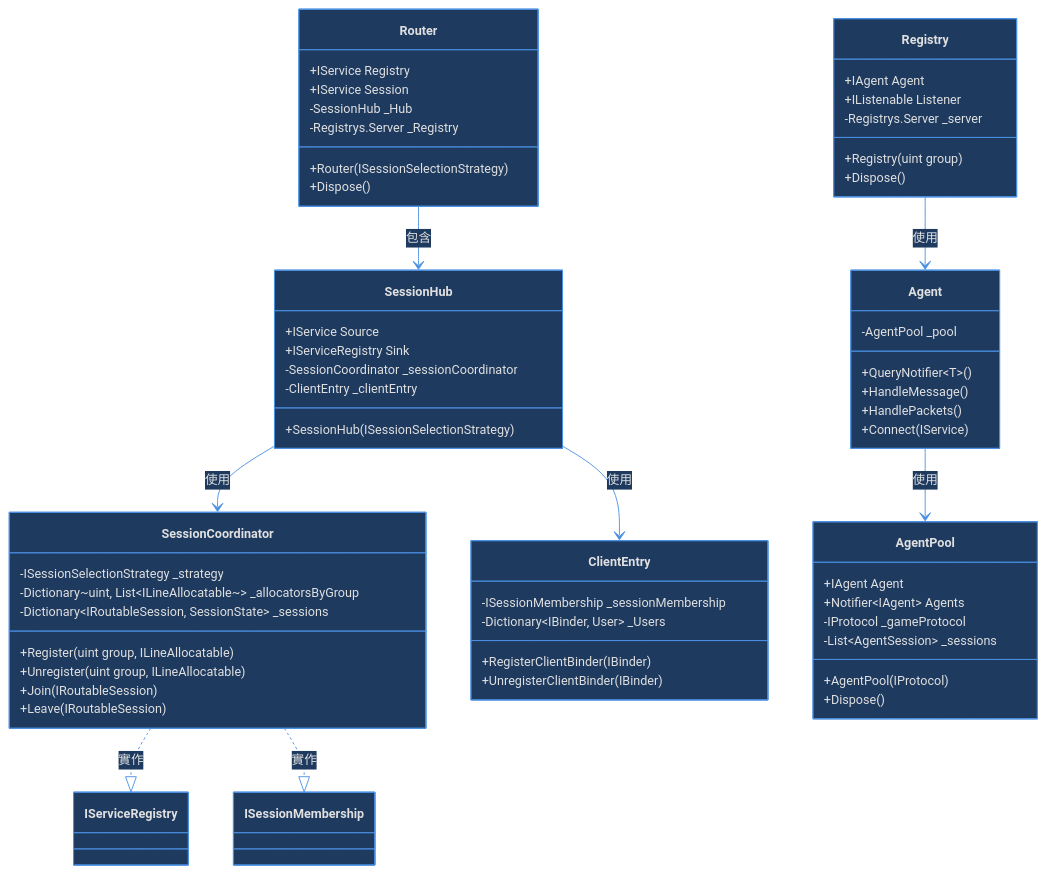
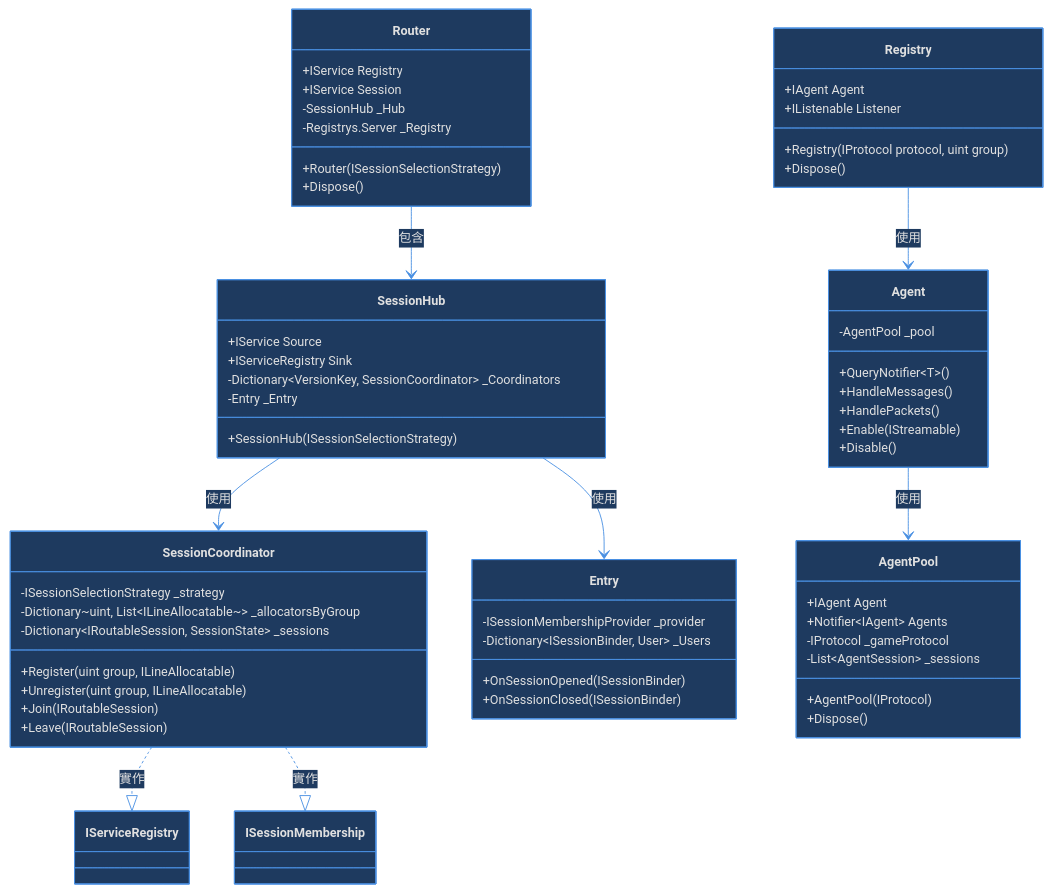
The second of 5 diagrams in PinionCore.Remote.Gateway/README.md (jiowchern/PinionCore.Remote), drawn with Mermaid before and after one commit. The commit also changed other lines of this file and 6 other files, not shown here.

````diff
--- a/PinionCore.Remote.Gateway/README.md
+++ b/PinionCore.Remote.Gateway/README.md
@@ -94,70 +94,70 @@
 ```mermaid
 %%{init: {'theme':'base', 'themeVariables': { 'primaryColor':'#1e3a5f', 'primaryTextColor':'#e0e0e0', 'primaryBorderColor':'#4a90e2', 'lineColor':'#4a90e2', 'background':'#0d1117', 'mainBkg':'#1e3a5f', 'secondBkg':'#2d5016', 'tertiaryBkg':'#5d3a1a', 'textColor':'#e0e0e0', 'fontSize':'14px', 'nodeBorder':'#4a90e2', 'clusterBkg':'#161b22', 'clusterBorder':'#30363d', 'titleColor':'#e0e0e0'}}}%%
 classDiagram
     class Router {
         +IService Registry
         +IService Session
         -SessionHub _Hub
         -Registrys.Server _Registry
         +Router(ISessionSelectionStrategy)
         +Dispose()
     }
 
     class SessionHub {
         +IService Source
         +IServiceRegistry Sink
-        -SessionCoordinator _sessionCoordinator
-        -ClientEntry _clientEntry
+        -Dictionary~VersionKey, SessionCoordinator~ _Coordinators
+        -Entry _Entry
         +SessionHub(ISessionSelectionStrategy)
     }
 
     class SessionCoordinator {
         -ISessionSelectionStrategy _strategy
         -Dictionary~uint, List~ILineAllocatable~~ _allocatorsByGroup
         -Dictionary~IRoutableSession, SessionState~ _sessions
         +Register(uint group, ILineAllocatable)
         +Unregister(uint group, ILineAllocatable)
         +Join(IRoutableSession)
         +Leave(IRoutableSession)
     }
 
-    class ClientEntry {
-        -ISessionMembership _sessionMembership
-        -Dictionary~IBinder, User~ _Users
-        +RegisterClientBinder(IBinder)
-        +UnregisterClientBinder(IBinder)
+    class Entry {
+        -ISessionMembershipProvider _provider
+        -Dictionary~ISessionBinder, User~ _Users
+        +OnSessionOpened(ISessionBinder)
+        +OnSessionClosed(ISessionBinder)
     }
 
     class Registry {
         +IAgent Agent
         +IListenable Listener
-        -Registrys.Server _server
-        +Registry(uint group)
+        +Registry(IProtocol protocol, uint group)
         +Dispose()
     }
 
     class Agent {
         -AgentPool _pool
         +QueryNotifier~T~()
-        +HandleMessage()
+        +HandleMessages()
         +HandlePackets()
-        +Connect(IService)
+        +Enable(IStreamable)
+        +Disable()
     }
 
     class AgentPool {
         +IAgent Agent
         +Notifier~IAgent~ Agents
         -IProtocol _gameProtocol
         -List~AgentSession~ _sessions
         +AgentPool(IProtocol)
         +Dispose()
     }
 
     Router --> SessionHub : 包含
     SessionHub --> SessionCoordinator : 使用
-    SessionHub --> ClientEntry : 使用
+    SessionHub --> Entry : 使用
     Registry --> Agent : 使用
     Agent --> AgentPool : 使用
     SessionCoordinator ..|> IServiceRegistry : 實作
     SessionCoordinator ..|> ISessionMembership : 實作
 ```
````
